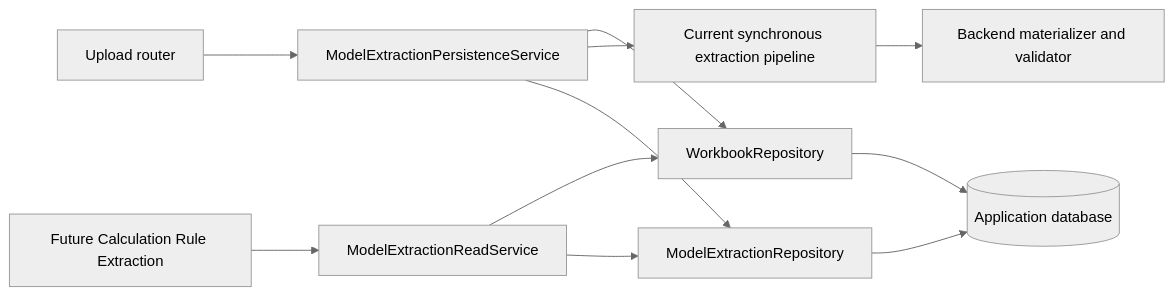
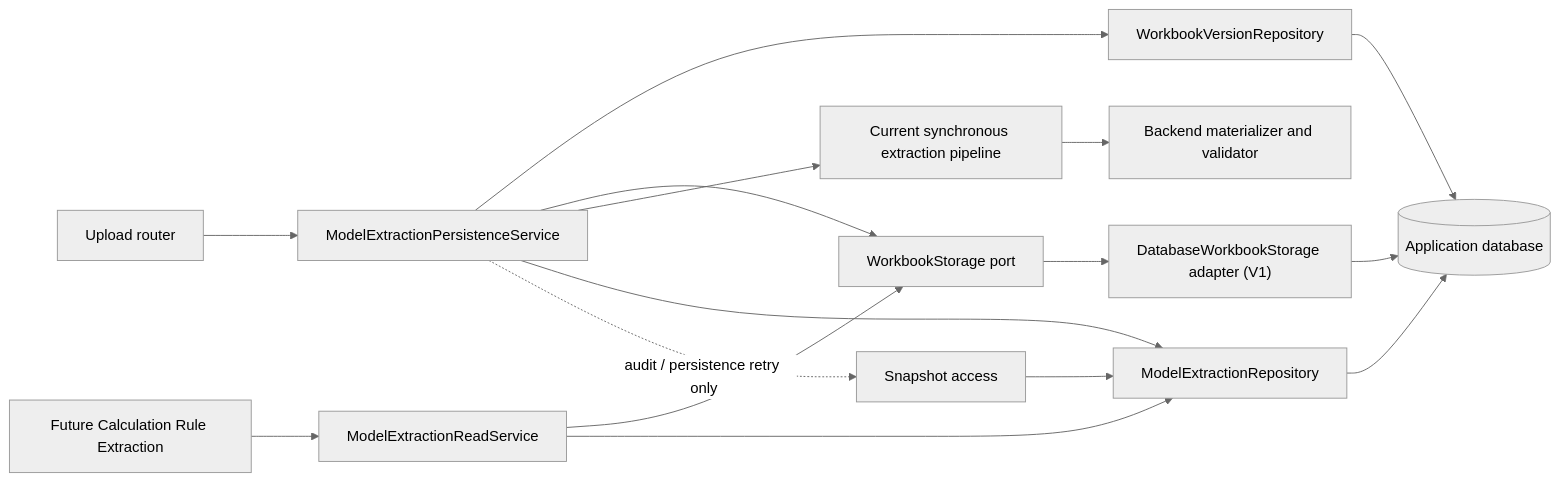
One commit to GDSherlock/investiq changed the second of 5 diagrams in docs/superpowers/specs/2026-07-15-model-extraction-persistence-design.md. Above: the diagram before and after it, drawn with Mermaid (neutral theme). The commit also changed other lines of this file, not shown here.

Commit message:
docs: incorporate persistence design review

````diff
--- a/docs/superpowers/specs/2026-07-15-model-extraction-persistence-design.md
+++ b/docs/superpowers/specs/2026-07-15-model-extraction-persistence-design.md
@@ -274,13 +279,18 @@
 ```mermaid
 flowchart LR
     A["Upload router"] --> B["ModelExtractionPersistenceService"]
-    B --> C["WorkbookRepository"]
+    B --> C["WorkbookVersionRepository"]
+    B --> S["WorkbookStorage port"]
+    S --> SA["DatabaseWorkbookStorage adapter (V1)"]
     B --> D["Current synchronous extraction pipeline"]
     D --> E["Backend materializer and validator"]
     B --> F["ModelExtractionRepository"]
     C --> G[("Application database")]
+    SA --> G
     F --> G
     H["Future Calculation Rule Extraction"] --> I["ModelExtractionReadService"]
-    I --> C
+    I --> S
     I --> F
+    B -. "audit / persistence retry only" .-> J["Snapshot access"]
+    J --> F
 ```
````
